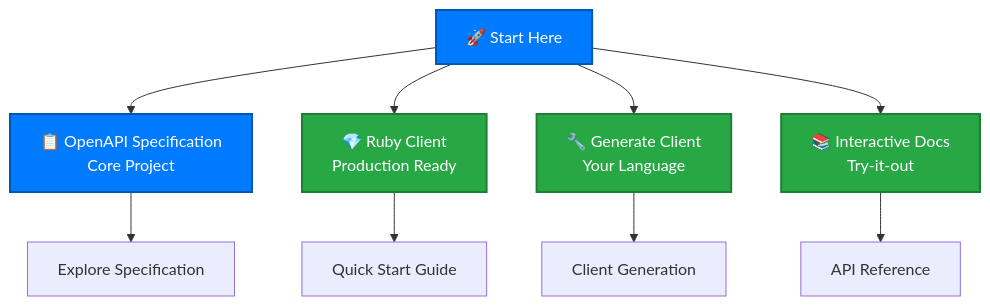
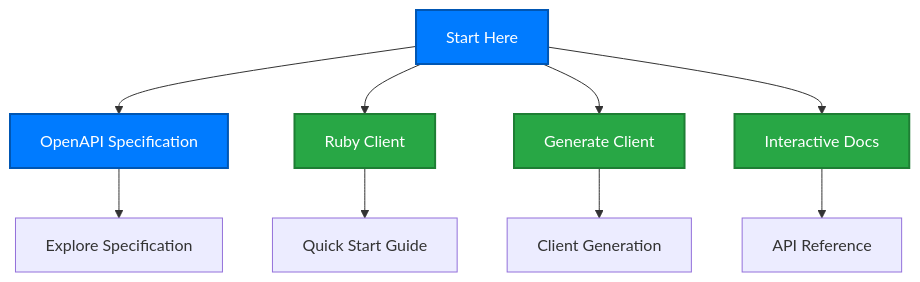
Before and after one commit to mitre/cyber-trackr-live: the second of 2 diagrams in docs/index.md, drawn with Mermaid. The commit also changed other lines of this file and 2 other files, not shown here.

Commit message:
Docs: Fix Mermaid errors and update release process documentation
- Fix Mermaid syntax errors on main index page (remove HTML br tags and emojis)
- Update release-process.md with current working patterns
- Document OIDC trusted publishing integration
- Explain first release vs ongoing release patterns
- Add GitHub Actions workflow details
- Fix outdated workflow filename references
- Document dual-mode release task behavior (train-juniper pattern)

Authored by: Aaron Lippold<lippold@gmail.com>

````diff
--- a/docs/index.md
+++ b/docs/index.md
@@ -68,18 +68,18 @@
 ```mermaid
 graph TD
-    A["🚀 Start Here"] --> B["📋 OpenAPI Specification<br/>Core Project"]
-    A --> C["💎 Ruby Client<br/>Production Ready"]
-    A --> D["🔧 Generate Client<br/>Your Language"]
-    A --> E["📚 Interactive Docs<br/>Try-it-out"]
+    A["Start Here"] --> B["OpenAPI Specification"]
+    A --> C["Ruby Client"]
+    A --> D["Generate Client"]
+    A --> E["Interactive Docs"]
     
     B --> F["Explore Specification"]
     C --> G["Quick Start Guide"]
     D --> H["Client Generation"]
     E --> I["API Reference"]
     
     style A fill:#007bff,stroke:#0056b3,stroke-width:2px,color:#ffffff
     style B fill:#007bff,stroke:#0056b3,stroke-width:2px,color:#ffffff
     style C fill:#28a745,stroke:#1e7e34,stroke-width:2px,color:#ffffff
     style D fill:#28a745,stroke:#1e7e34,stroke-width:2px,color:#ffffff
     style E fill:#28a745,stroke:#1e7e34,stroke-width:2px,color:#ffffff
 ```
````
